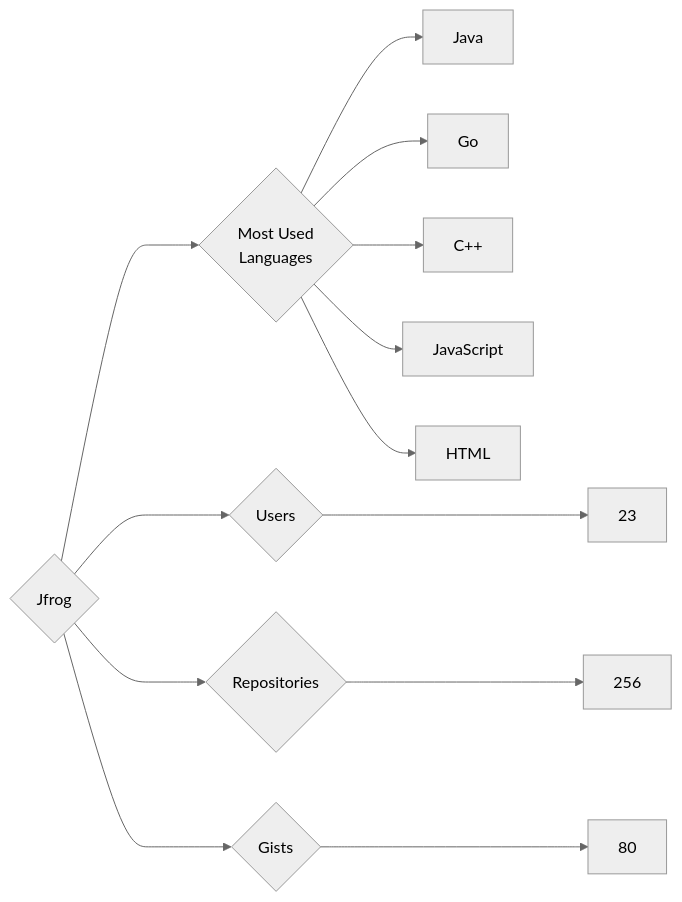
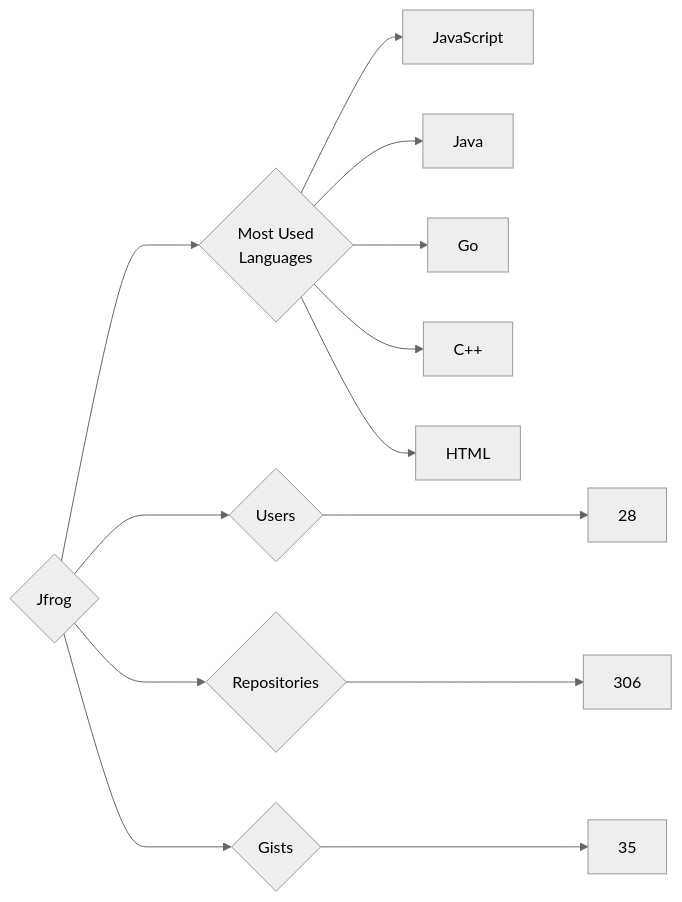
One commit to trickest/insiders changed the diagram in targets/Jfrog/README.md. Above: the diagram before and after it, drawn with Mermaid (neutral theme). The commit also changed 657 other files, not shown here.

````diff
--- a/targets/Jfrog/README.md
+++ b/targets/Jfrog/README.md
@@ -3,13 +3,13 @@
 ```mermaid
 graph LR
 COMPANY_NAME{Jfrog}
-COMPANY_NAME ---> U{Users} ---> UN[23]
-COMPANY_NAME ---> R{Repositories} ---> RN[256]
-COMPANY_NAME ---> G{Gists} ---> GN[80]
+COMPANY_NAME ---> U{Users} ---> UN[28]
+COMPANY_NAME ---> R{Repositories} ---> RN[306]
+COMPANY_NAME ---> G{Gists} ---> GN[35]
 COMPANY_NAME ---> ML{Most Used<br>Languages}
+ML --> JavaScript[JavaScript]
 ML --> Java[Java]
 ML --> Go[Go]
 ML --> C++[C++]
-ML --> JavaScript[JavaScript]
 ML --> HTML[HTML]
 ```
````
